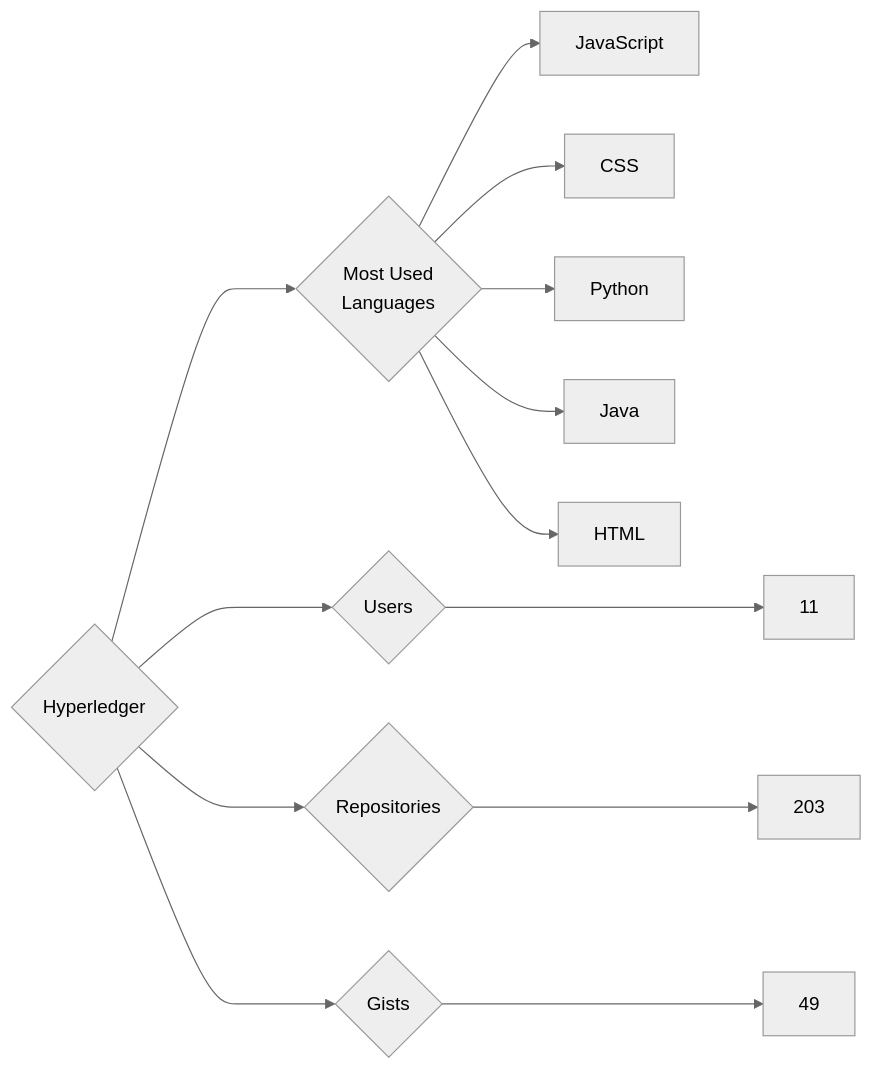
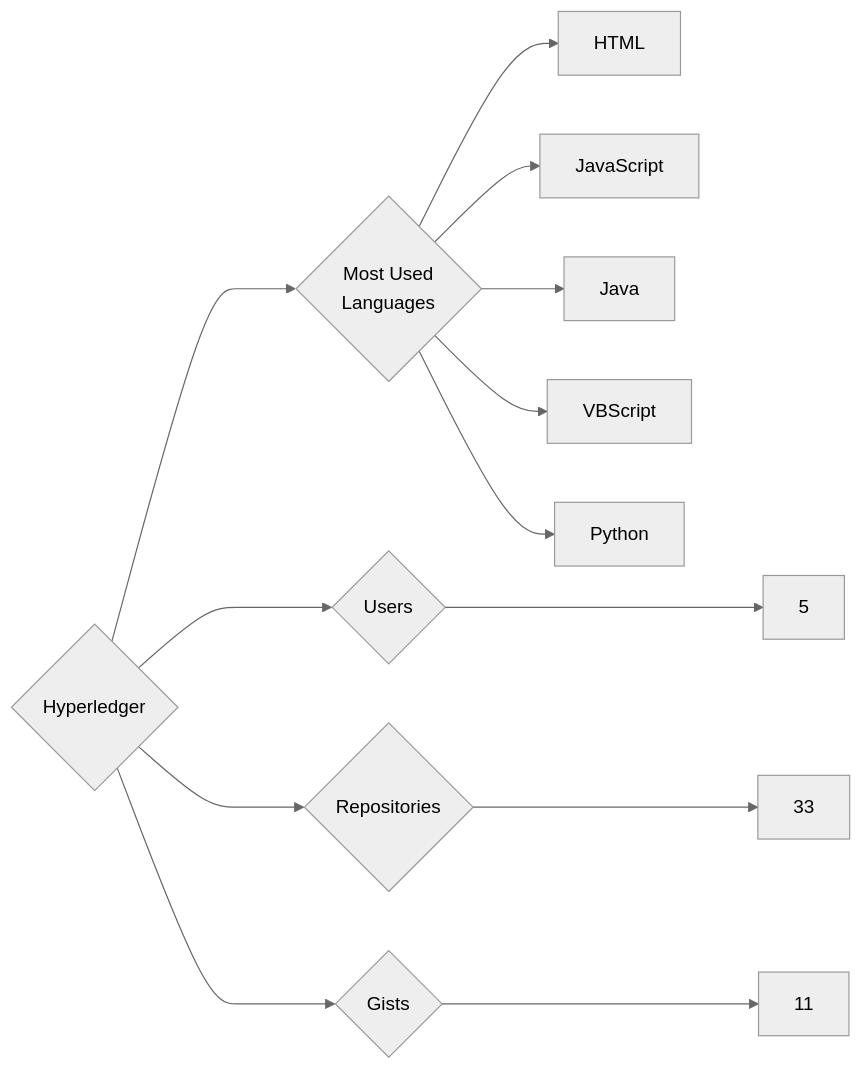
The diagram in targets/Hyperledger/README.md (trickest/insiders), drawn with Mermaid (neutral theme) before and after one commit. The commit also changed 1089 other files, not shown here.

````diff
--- a/targets/Hyperledger/README.md
+++ b/targets/Hyperledger/README.md
@@ -3,13 +3,13 @@
 ```mermaid
 graph LR
 COMPANY_NAME{Hyperledger}
-COMPANY_NAME ---> U{Users} ---> UN[11]
-COMPANY_NAME ---> R{Repositories} ---> RN[203]
-COMPANY_NAME ---> G{Gists} ---> GN[49]
+COMPANY_NAME ---> U{Users} ---> UN[5]
+COMPANY_NAME ---> R{Repositories} ---> RN[33]
+COMPANY_NAME ---> G{Gists} ---> GN[11]
 COMPANY_NAME ---> ML{Most Used<br>Languages}
+ML --> HTML[HTML]
 ML --> JavaScript[JavaScript]
-ML --> CSS[CSS]
+ML --> Java[Java]
+ML --> VBScript[VBScript]
 ML --> Python[Python]
-ML --> Java[Java]
-ML --> HTML[HTML]
 ```
````
